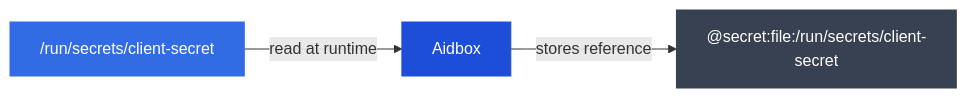
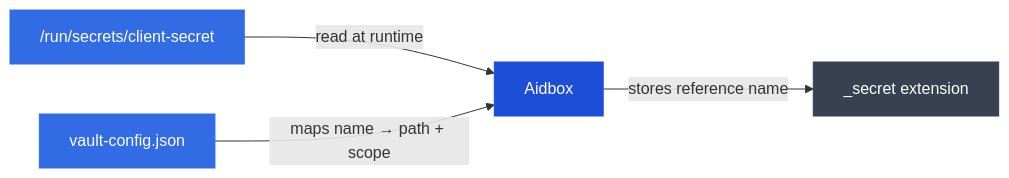
Before and after one commit to HealthSamurai/documentation: the diagram in docs/configuration/secret-files.md, drawn with Mermaid. The commit also changed other lines of this file and 3 other files, not shown here.

````diff
--- a/docs/configuration/secret-files.md
+++ b/docs/configuration/secret-files.md
@@ -13,9 +13,11 @@
 ```mermaid
 flowchart LR
     File["/run/secrets/client-secret"] -->|read at runtime| Aidbox
-    Aidbox -->|stores reference| DB["@secret:file:/run/secrets/client-secret"]
+    Config["vault-config.json"] -->|maps name → path + scope| Aidbox
+    Aidbox -->|stores reference name| DB["_secret extension"]
 
     style File fill:#326CE5,stroke:#326CE5,color:#fff
+    style Config fill:#326CE5,stroke:#326CE5,color:#fff
     style Aidbox fill:#1D4ED8,stroke:#1D4ED8,color:#fff
     style DB fill:#374151,stroke:#374151,color:#fff
 ```
````
